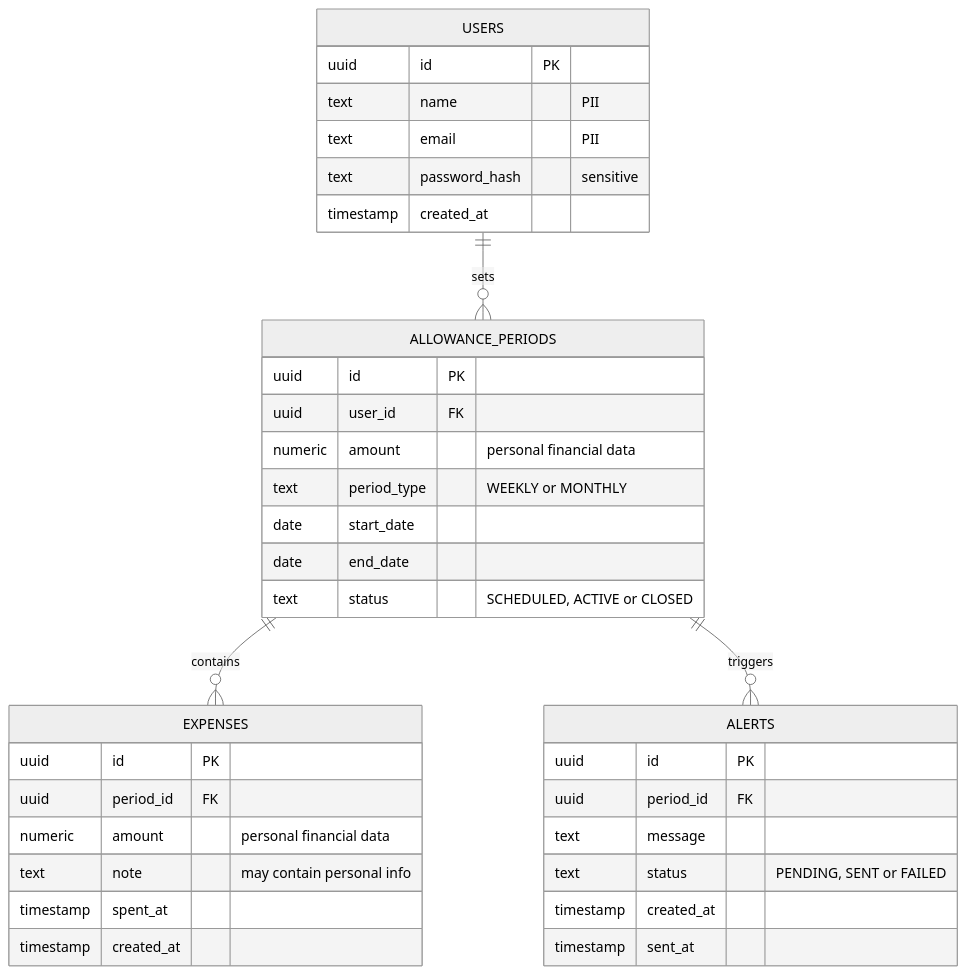
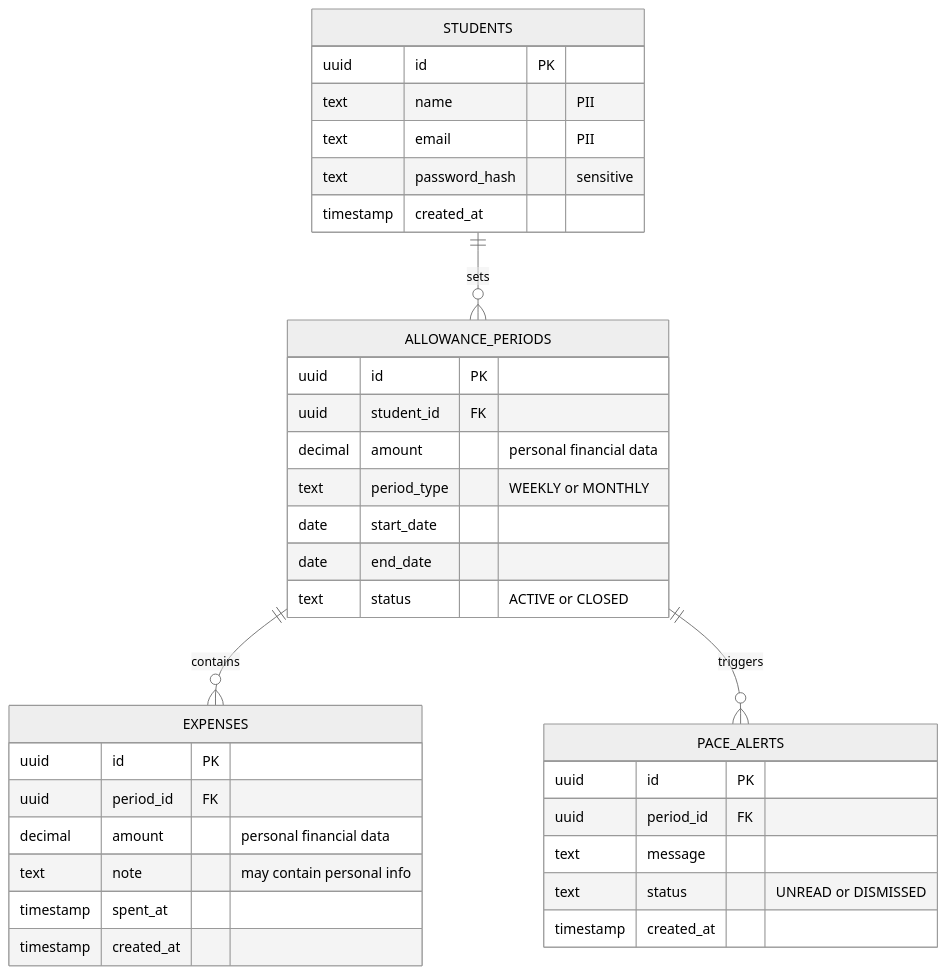
Before and after one commit to angelalegria626-maker/budget-tracker-ryzza: the diagram in docs/architecture/erd.md, drawn with Mermaid (neutral theme). The commit also changed other lines of this file, not shown here.

````diff
--- a/docs/architecture/erd.md
+++ b/docs/architecture/erd.md
@@ -3,38 +3,37 @@
 ```mermaid
 erDiagram
-  USERS ||--o{ ALLOWANCE_PERIODS : sets
+  STUDENTS ||--o{ ALLOWANCE_PERIODS : sets
   ALLOWANCE_PERIODS ||--o{ EXPENSES : contains
-  ALLOWANCE_PERIODS ||--o{ ALERTS : triggers
-  USERS {
+  ALLOWANCE_PERIODS ||--o{ PACE_ALERTS : triggers
+  STUDENTS {
     uuid id PK
     text name "PII"
     text email "PII"
     text password_hash "sensitive"
     timestamp created_at
   }
   ALLOWANCE_PERIODS {
     uuid id PK
-    uuid user_id FK
-    numeric amount "personal financial data"
+    uuid student_id FK
+    decimal amount "personal financial data"
     text period_type "WEEKLY or MONTHLY"
     date start_date
     date end_date
-    text status "SCHEDULED, ACTIVE or CLOSED"
+    text status "ACTIVE or CLOSED"
   }
   EXPENSES {
     uuid id PK
     uuid period_id FK
-    numeric amount "personal financial data"
+    decimal amount "personal financial data"
     text note "may contain personal info"
     timestamp spent_at
     timestamp created_at
   }
-  ALERTS {
+  PACE_ALERTS {
     uuid id PK
     uuid period_id FK
     text message
-    text status "PENDING, SENT or FAILED"
+    text status "UNREAD or DISMISSED"
     timestamp created_at
-    timestamp sent_at
   }
 ```
````
